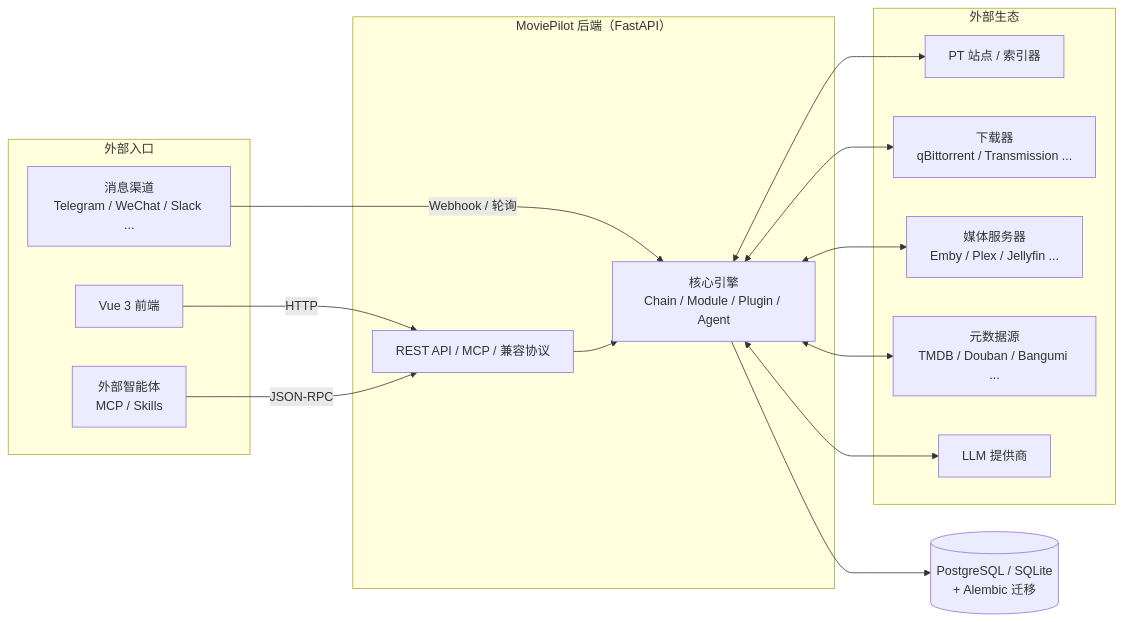
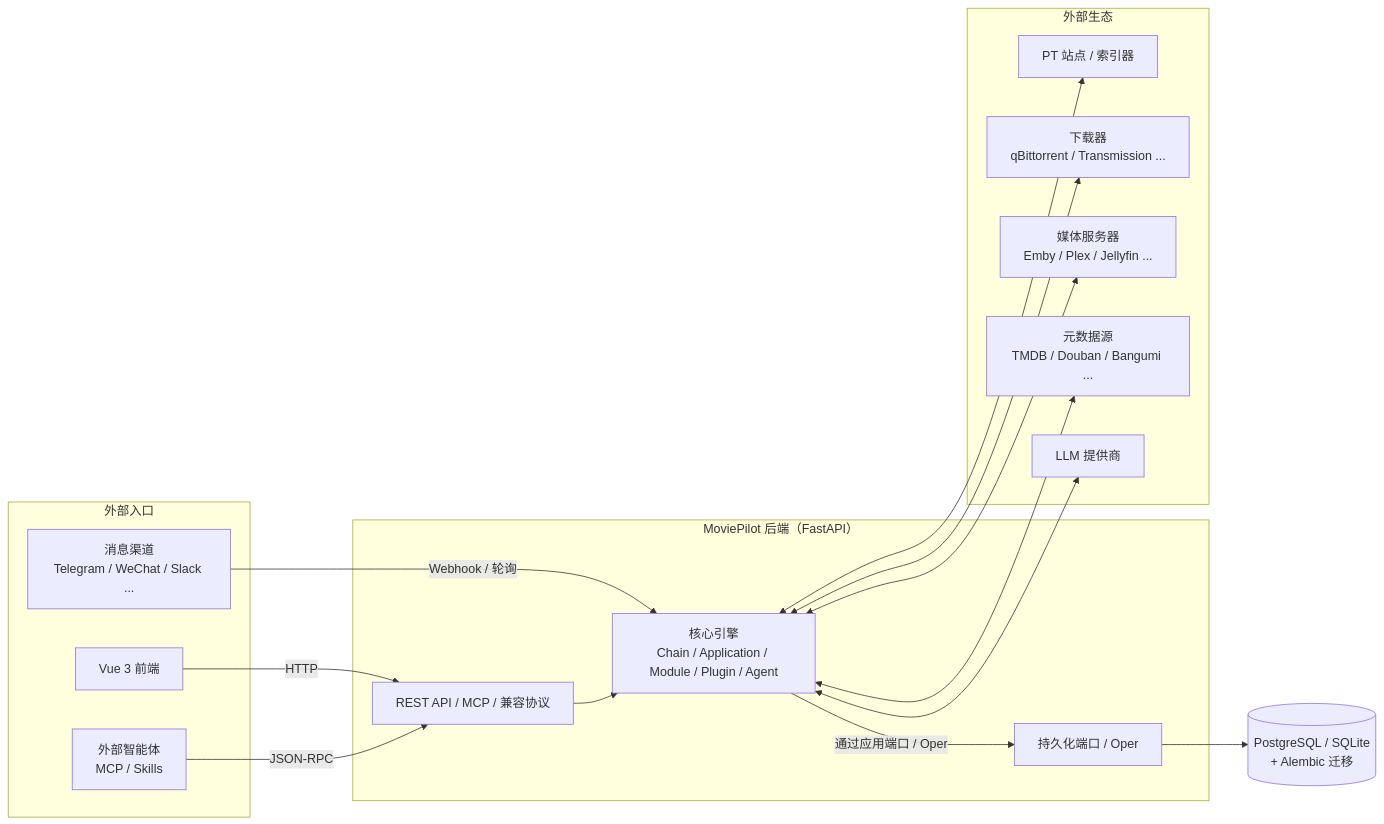
One commit to jxxghp/MoviePilot changed the first of 14 diagrams in docs/architecture-overview.md. Above: the diagram before and after it, drawn with Mermaid. The commit also changed other lines of this file and 28 other files, not shown here.

````diff
--- a/docs/architecture-overview.md
+++ b/docs/architecture-overview.md
@@ -21,34 +21,36 @@
 ```mermaid
 flowchart LR
     subgraph 外部["外部入口"]
         Web["Vue 3 前端"]
         Msg["消息渠道<br/>Telegram / WeChat / Slack ..."]
         ExtAgent["外部智能体<br/>MCP / Skills"]
     end
 
     subgraph 后端["MoviePilot 后端（FastAPI）"]
         API["REST API / MCP / 兼容协议"]
-        Core["核心引擎<br/>Chain / Module / Plugin / Agent"]
+        Core["核心引擎<br/>Chain / Application / Module / Plugin / Agent"]
+        Persist["持久化端口 / Oper"]
     end
 
     subgraph 外部服务["外部生态"]
         Site["PT 站点 / 索引器"]
         DL["下载器<br/>qBittorrent / Transmission ..."]
         MS["媒体服务器<br/>Emby / Plex / Jellyfin ..."]
         Meta["元数据源<br/>TMDB / Douban / Bangumi ..."]
         LLM["LLM 提供商"]
     end
 
     DB[("PostgreSQL / SQLite<br/>+ Alembic 迁移")]
 
     Web -->|HTTP| API
     Msg -->|Webhook / 轮询| Core
     ExtAgent -->|JSON-RPC| API
     API --> Core
-    Core --> DB
+    Core -->|通过应用端口 / Oper| Persist
+    Persist --> DB
     Core <--> Site
     Core <--> DL
     Core <--> MS
     Core <--> Meta
     Core <--> LLM
 ```
````
